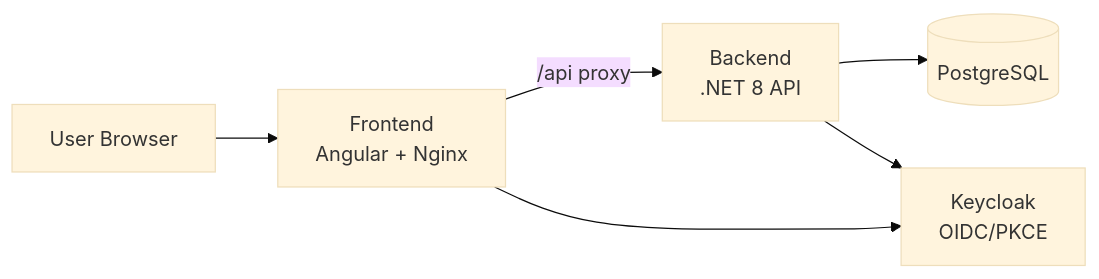
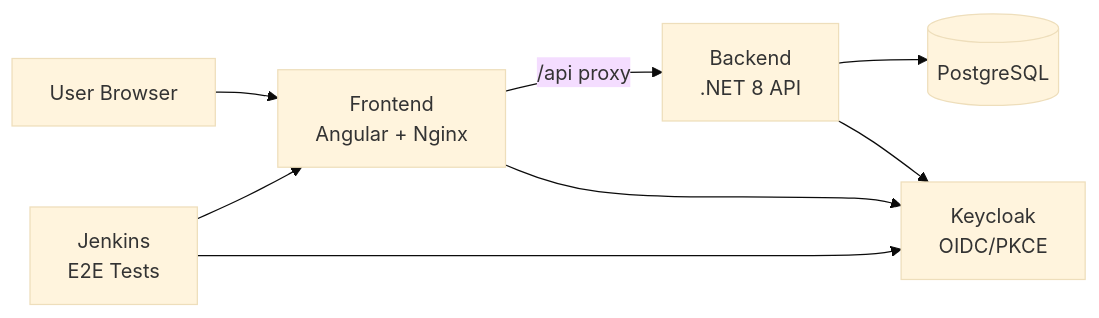
Before and after one commit to maguiarr/Helpdesk: the diagram in README.md, drawn with Mermaid (base theme). The commit also changed other lines of this file and 45 other files, not shown here.

````diff
--- a/README.md
+++ b/README.md
@@ -7,8 +7,10 @@
 ```mermaid
 graph LR
     U[User Browser] --> FE[Frontend<br/>Angular + Nginx]
     FE -->|/api proxy| BE[Backend<br/>.NET 8 API]
     BE --> DB[(PostgreSQL)]
     FE --> KC[Keycloak<br/>OIDC/PKCE]
     BE --> KC
+    JK[Jenkins<br/>E2E Tests] --> FE
+    JK --> KC
 ```
````
